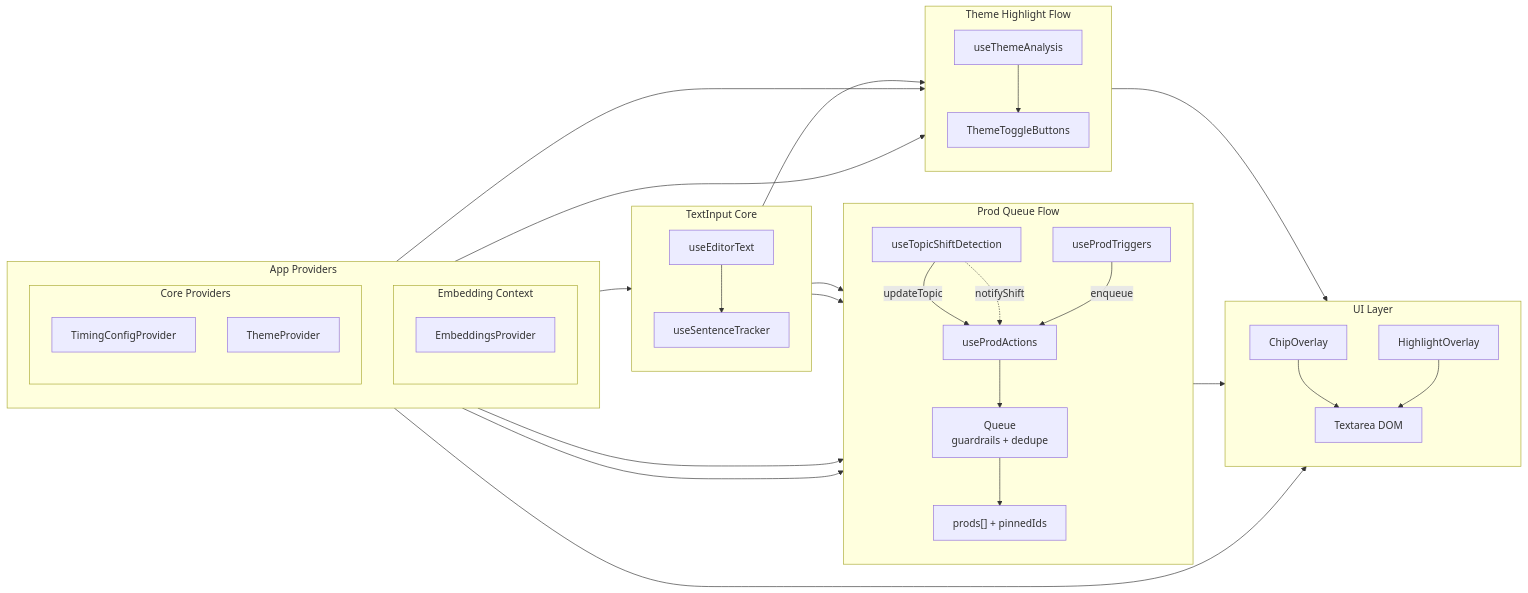
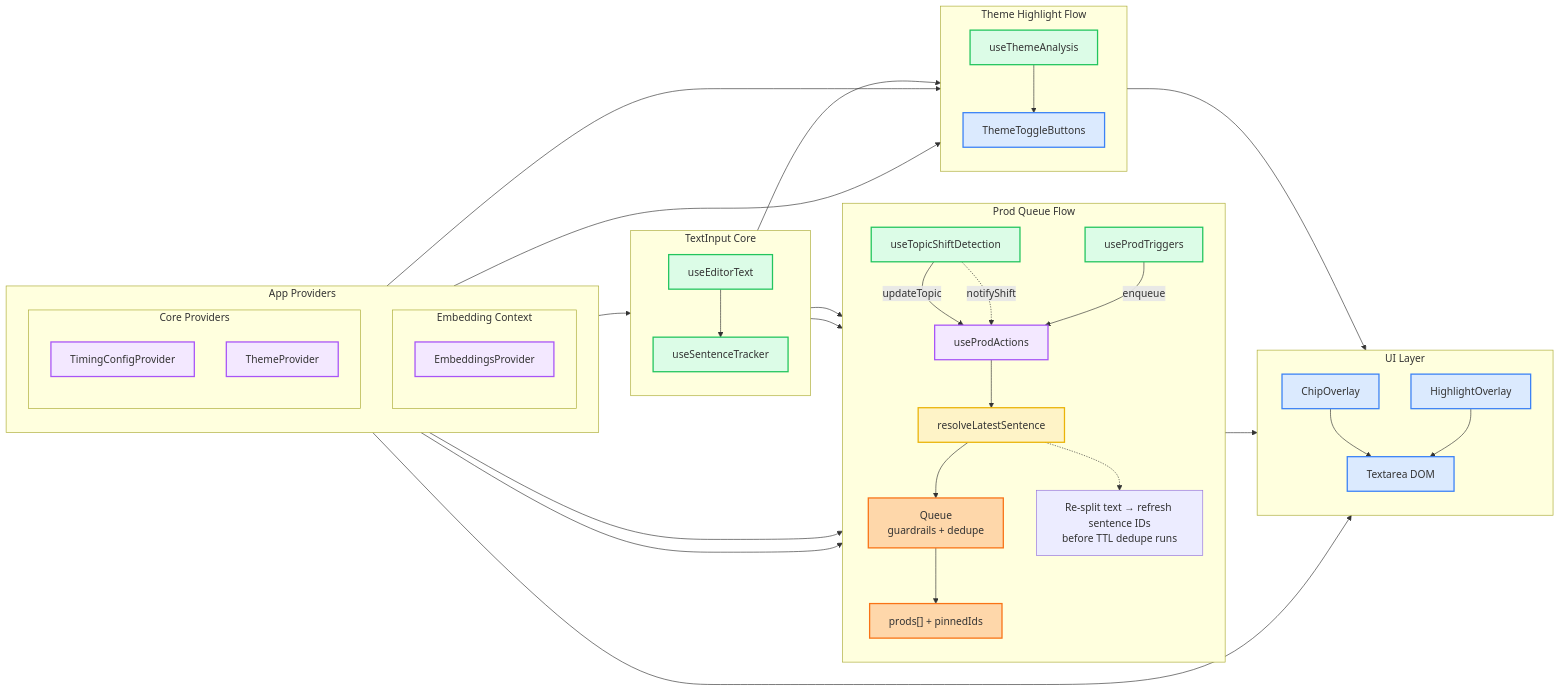
One commit to andreicstoica/refract changed the diagram in docs/diagrams/feature-flow.mmd. Above: the diagram before and after it, drawn with Mermaid. The commit also changed 4 other files, not shown here.

```diff
--- a/docs/diagrams/feature-flow.mmd
+++ b/docs/diagrams/feature-flow.mmd
@@ -1,68 +1,83 @@
 flowchart LR
+  classDef uiClass fill:#dbeafe,stroke:#3b82f6,stroke-width:2px
+  classDef hookClass fill:#dcfce7,stroke:#22c55e,stroke-width:2px
+  classDef providerClass fill:#f3e8ff,stroke:#a855f7,stroke-width:2px
+  classDef queueClass fill:#fed7aa,stroke:#f97316,stroke-width:2px
+  classDef ruleClass fill:#fef3c7,stroke:#eab308,stroke-width:2px
+
   subgraph Providers["App Providers"]
     direction TB
     subgraph EmbeddingsLayer["Embedding Context"]
       direction TB
       Embeddings["EmbeddingsProvider"]
     end
     subgraph CoreProviders["Core Providers"]
       direction TB
       Timing["TimingConfigProvider"]
       Theme["ThemeProvider"]
     end
   end
 
   subgraph EditorCore["TextInput Core"]
     direction TB
     EditorText["useEditorText"]
     SentenceTracker["useSentenceTracker"]
   end
   
   subgraph ProdFlow["Prod Queue Flow"]
     direction TB
     TopicShift["useTopicShiftDetection"]
     ProdTriggers["useProdTriggers"]
     Actions["useProdActions"]
+    SentenceResolver["resolveLatestSentence"]
     Queue["Queue<br/>guardrails + dedupe"]
     State["prods[] + pinnedIds"]
     
     TopicShift -->|updateTopic| Actions
     TopicShift -.->|notifyShift| Actions
     ProdTriggers -->|enqueue| Actions
-    Actions --> Queue
+    Actions --> SentenceResolver
+    SentenceResolver --> Queue
     Queue --> State
+    SentenceResolver -.-> SentenceResolverNote["Re-split text → refresh sentence IDs<br/>before TTL dedupe runs"]
   end
   
   subgraph ThemeFlow["Theme Highlight Flow"]
     direction TB
     ThemeToggles["ThemeToggleButtons"]
     ThemeAnalysis["useThemeAnalysis"]
     
     ThemeAnalysis --> ThemeToggles
   end
   
   subgraph UI["UI Layer"]
     direction TB
     Chips["ChipOverlay"]
     Highlights["HighlightOverlay"]
     TextArea["Textarea DOM"]
   end
   
   Providers --> EditorText
   
   EditorText --> TopicShift
   EditorText --> SentenceTracker
   SentenceTracker --> ProdTriggers
   SentenceTracker --> ThemeAnalysis
   
   Timing --> ProdTriggers
   Timing --> Queue
   
   Embeddings --> ThemeAnalysis
   Theme --> ThemeToggles
   Theme --> Highlights
   
   State --> Chips
   Chips --> TextArea
   ThemeAnalysis --> Highlights
   Highlights --> TextArea
+  
+  class EditorText,SentenceTracker,TopicShift,ProdTriggers,ThemeAnalysis hookClass
+  class Embeddings,Timing,Theme,Actions providerClass
+  class SentenceResolver ruleClass
+  class Queue,State queueClass
+  class Chips,Highlights,TextArea,ThemeToggles uiClass
```
